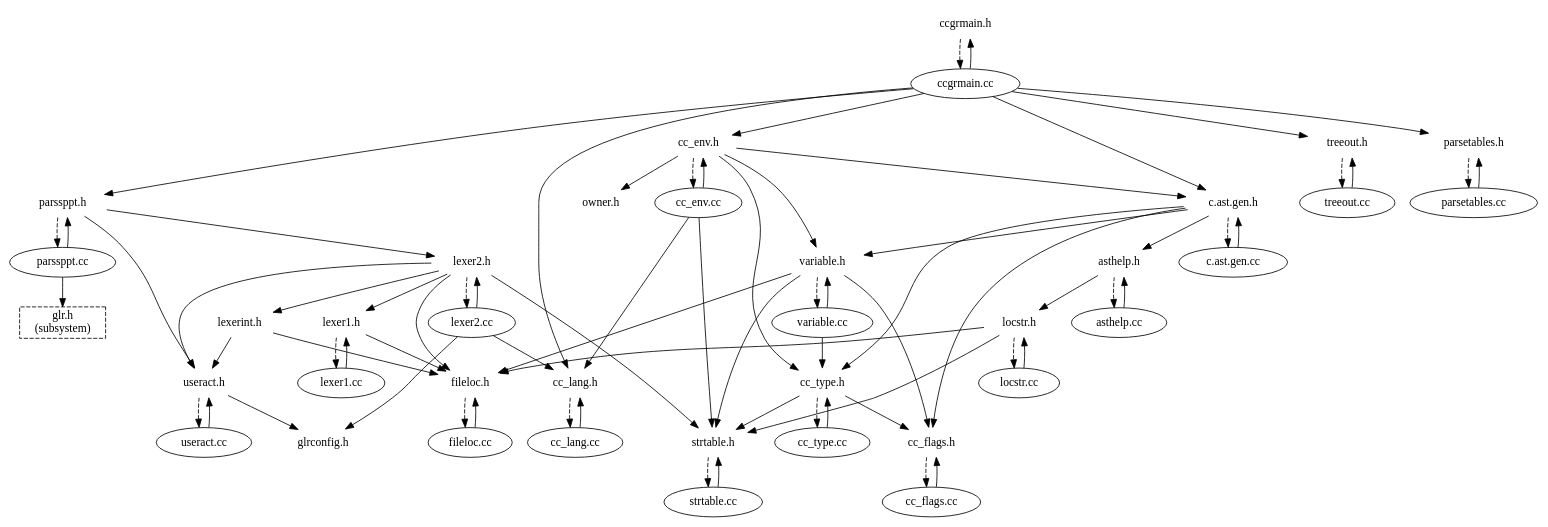
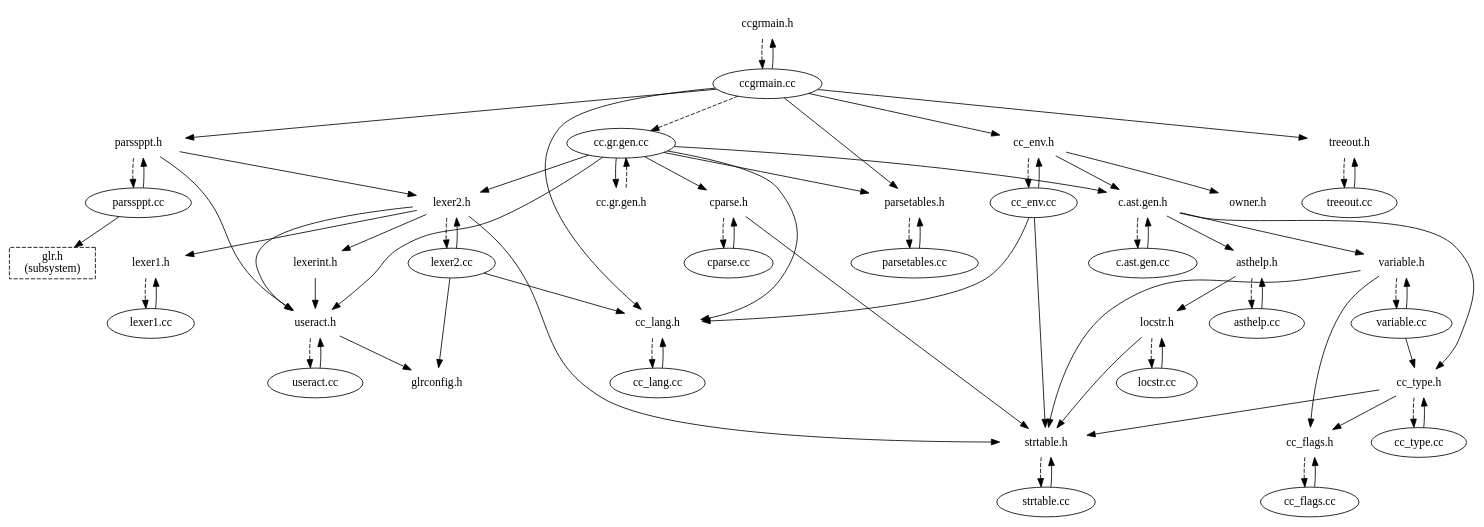
One commit to angavrilov/olmar changed the diagram in elkhound/doc/cc.dot. Above: the diagram before and after it, drawn with Graphviz. The commit also changed 47 other files, not shown here.

```diff
--- a/elkhound/doc/cc.dot
+++ b/elkhound/doc/cc.dot
@@ -17,11 +17,6 @@
     color = white
   ]
   "ccgrmain.cc" -> "parssppt.h" [
-  ]
-  "c.ast.gen.h" [
-    color = white
-  ]
-  "ccgrmain.cc" -> "c.ast.gen.h" [
   ]
   "cc_env.h" [
     color = white
@@ -43,6 +38,11 @@
   ]
   "ccgrmain.cc" -> "parsetables.h" [
   ]
+  "cc.gr.gen.cc" [
+  ]
+  "ccgrmain.cc" -> "cc.gr.gen.cc" [
+    style = dashed
+  ]
   "parssppt.cc" [
   ]
   "parssppt.h" -> "parssppt.cc" [
@@ -59,48 +59,21 @@
   ]
   "parssppt.h" -> "useract.h" [
   ]
-  "c.ast.gen.cc" [
-  ]
-  "c.ast.gen.h" -> "c.ast.gen.cc" [
-    style = dashed
-    weight = 10
-  ]
-  "asthelp.h" [
-    color = white
-  ]
-  "c.ast.gen.h" -> "asthelp.h" [
-  ]
-  "cc_flags.h" [
-    color = white
-  ]
-  "c.ast.gen.h" -> "cc_flags.h" [
-  ]
-  "variable.h" [
-    color = white
-  ]
-  "c.ast.gen.h" -> "variable.h" [
-  ]
-  "cc_type.h" [
-    color = white
-  ]
-  "c.ast.gen.h" -> "cc_type.h" [
-  ]
   "cc_env.cc" [
   ]
   "cc_env.h" -> "cc_env.cc" [
     style = dashed
     weight = 10
   ]
-  "cc_env.h" -> "cc_type.h" [
-  ]
   "owner.h" [
     color = white
   ]
   "cc_env.h" -> "owner.h" [
   ]
+  "c.ast.gen.h" [
+    color = white
+  ]
   "cc_env.h" -> "c.ast.gen.h" [
-  ]
-  "cc_env.h" -> "variable.h" [
   ]
   "cc_lang.cc" [
   ]
@@ -118,6 +91,27 @@
   ]
   "parsetables.h" -> "parsetables.cc" [
     style = dashed
+    weight = 10
+  ]
+  "cc.gr.gen.cc" -> "useract.h" [
+  ]
+  "cc.gr.gen.cc" -> "parsetables.h" [
+  ]
+  "cc.gr.gen.cc" -> "lexer2.h" [
+  ]
+  "cparse.h" [
+    color = white
+  ]
+  "cc.gr.gen.cc" -> "cparse.h" [
+  ]
+  "cc.gr.gen.cc" -> "c.ast.gen.h" [
+  ]
+  "cc.gr.gen.cc" -> "cc_lang.h" [
+  ]
+  "cc.gr.gen.h" [
+    color = white
+  ]
+  "cc.gr.gen.cc" -> "cc.gr.gen.h" [
     weight = 10
   ]
   "parssppt.cc" -> "parssppt.h" [
@@ -140,11 +134,6 @@
     color = white
   ]
   "lexer2.h" -> "lexer1.h" [
-  ]
-  "fileloc.h" [
-    color = white
-  ]
-  "lexer2.h" -> "fileloc.h" [
   ]
   "strtable.h" [
     color = white
@@ -169,54 +158,33 @@
   ]
   "useract.h" -> "glrconfig.h" [
   ]
-  "c.ast.gen.cc" -> "c.ast.gen.h" [
-    weight = 10
-  ]
-  "asthelp.cc" [
-  ]
-  "asthelp.h" -> "asthelp.cc" [
-    style = dashed
-    weight = 10
-  ]
-  "locstr.h" [
-    color = white
-  ]
-  "asthelp.h" -> "locstr.h" [
-  ]
-  "cc_flags.cc" [
-  ]
-  "cc_flags.h" -> "cc_flags.cc" [
-    style = dashed
-    weight = 10
-  ]
-  "variable.cc" [
-  ]
-  "variable.h" -> "variable.cc" [
-    style = dashed
-    weight = 10
-  ]
-  "variable.h" -> "fileloc.h" [
-  ]
-  "variable.h" -> "strtable.h" [
-  ]
-  "variable.h" -> "cc_flags.h" [
-  ]
-  "cc_type.cc" [
-  ]
-  "cc_type.h" -> "cc_type.cc" [
-    style = dashed
-    weight = 10
-  ]
-  "cc_type.h" -> "cc_flags.h" [
-  ]
-  "cc_type.h" -> "strtable.h" [
-  ]
   "cc_env.cc" -> "cc_env.h" [
     weight = 10
   ]
   "cc_env.cc" -> "strtable.h" [
   ]
   "cc_env.cc" -> "cc_lang.h" [
+  ]
+  "c.ast.gen.cc" [
+  ]
+  "c.ast.gen.h" -> "c.ast.gen.cc" [
+    style = dashed
+    weight = 10
+  ]
+  "asthelp.h" [
+    color = white
+  ]
+  "c.ast.gen.h" -> "asthelp.h" [
+  ]
+  "variable.h" [
+    color = white
+  ]
+  "c.ast.gen.h" -> "variable.h" [
+  ]
+  "cc_type.h" [
+    color = white
+  ]
+  "c.ast.gen.h" -> "cc_type.h" [
   ]
   "cc_lang.cc" -> "cc_lang.h" [
     weight = 10
@@ -225,6 +193,18 @@
     weight = 10
   ]
   "parsetables.cc" -> "parsetables.h" [
+    weight = 10
+  ]
+  "cparse.cc" [
+  ]
+  "cparse.h" -> "cparse.cc" [
+    style = dashed
+    weight = 10
+  ]
+  "cparse.h" -> "strtable.h" [
+  ]
+  "cc.gr.gen.h" -> "cc.gr.gen.cc" [
+    style = dashed
     weight = 10
   ]
   "lexer2.cc" -> "lexer2.h" [
@@ -240,14 +220,6 @@
     style = dashed
     weight = 10
   ]
-  "lexer1.h" -> "fileloc.h" [
-  ]
-  "fileloc.cc" [
-  ]
-  "fileloc.h" -> "fileloc.cc" [
-    style = dashed
-    weight = 10
-  ]
   "strtable.cc" [
   ]
   "strtable.h" -> "strtable.cc" [
@@ -256,9 +228,53 @@
   ]
   "lexerint.h" -> "useract.h" [
   ]
-  "lexerint.h" -> "fileloc.h" [
+  "useract.cc" -> "useract.h" [
+    weight = 10
   ]
-  "useract.cc" -> "useract.h" [
+  "c.ast.gen.cc" -> "c.ast.gen.h" [
+    weight = 10
+  ]
+  "asthelp.cc" [
+  ]
+  "asthelp.h" -> "asthelp.cc" [
+    style = dashed
+    weight = 10
+  ]
+  "locstr.h" [
+    color = white
+  ]
+  "asthelp.h" -> "locstr.h" [
+  ]
+  "variable.cc" [
+  ]
+  "variable.h" -> "variable.cc" [
+    style = dashed
+    weight = 10
+  ]
+  "variable.h" -> "strtable.h" [
+  ]
+  "cc_flags.h" [
+    color = white
+  ]
+  "variable.h" -> "cc_flags.h" [
+  ]
+  "cc_type.cc" [
+  ]
+  "cc_type.h" -> "cc_type.cc" [
+    style = dashed
+    weight = 10
+  ]
+  "cc_type.h" -> "cc_flags.h" [
+  ]
+  "cc_type.h" -> "strtable.h" [
+  ]
+  "cparse.cc" -> "cparse.h" [
+    weight = 10
+  ]
+  "lexer1.cc" -> "lexer1.h" [
+    weight = 10
+  ]
+  "strtable.cc" -> "strtable.h" [
     weight = 10
   ]
   "asthelp.cc" -> "asthelp.h" [
@@ -272,29 +288,24 @@
   ]
   "locstr.h" -> "strtable.h" [
   ]
-  "locstr.h" -> "fileloc.h" [
-  ]
-  "cc_flags.cc" -> "cc_flags.h" [
-    weight = 10
-  ]
   "variable.cc" -> "variable.h" [
     weight = 10
   ]
   "variable.cc" -> "cc_type.h" [
   ]
-  "cc_type.cc" -> "cc_type.h" [
+  "cc_flags.cc" [
+  ]
+  "cc_flags.h" -> "cc_flags.cc" [
+    style = dashed
     weight = 10
   ]
-  "lexer1.cc" -> "lexer1.h" [
-    weight = 10
-  ]
-  "fileloc.cc" -> "fileloc.h" [
-    weight = 10
-  ]
-  "strtable.cc" -> "strtable.h" [
+  "cc_type.cc" -> "cc_type.h" [
     weight = 10
   ]
   "locstr.cc" -> "locstr.h" [
     weight = 10
   ]
+  "cc_flags.cc" -> "cc_flags.h" [
+    weight = 10
+  ]
 }
```
